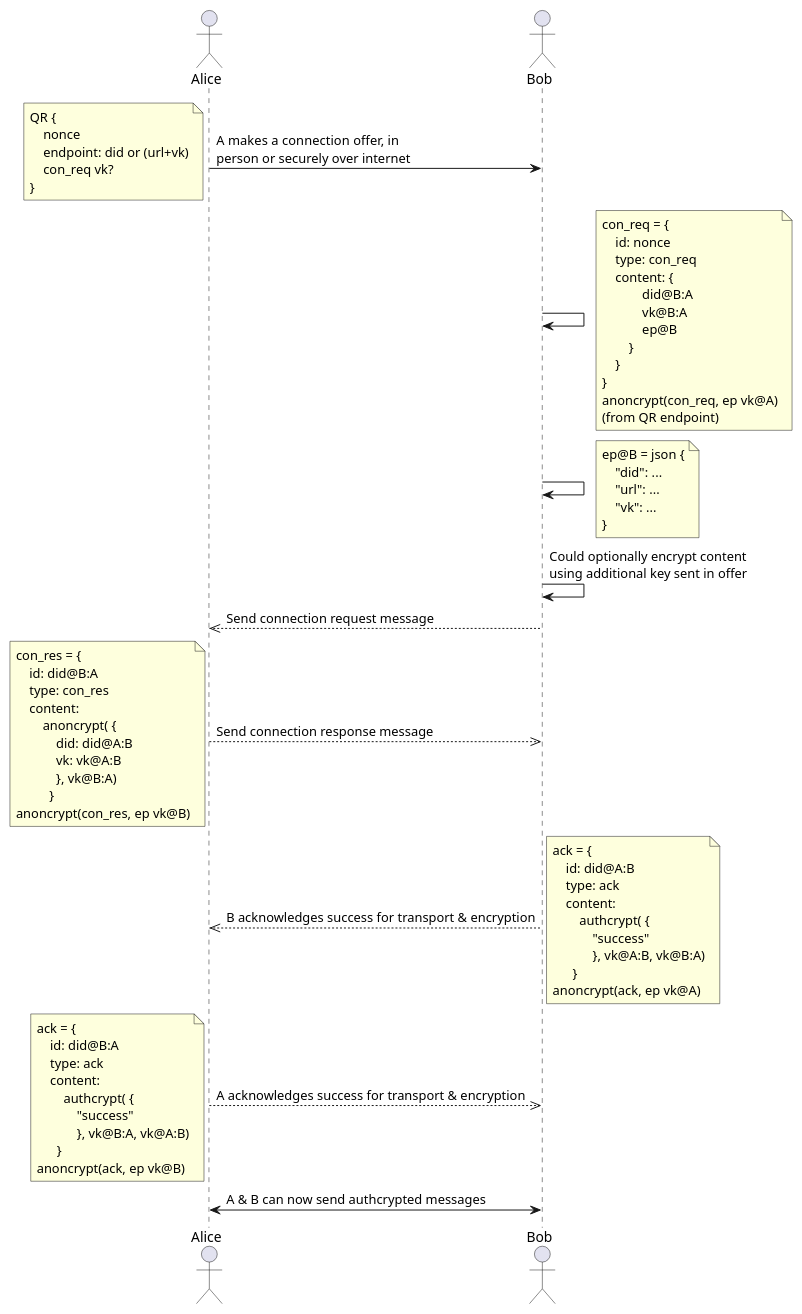
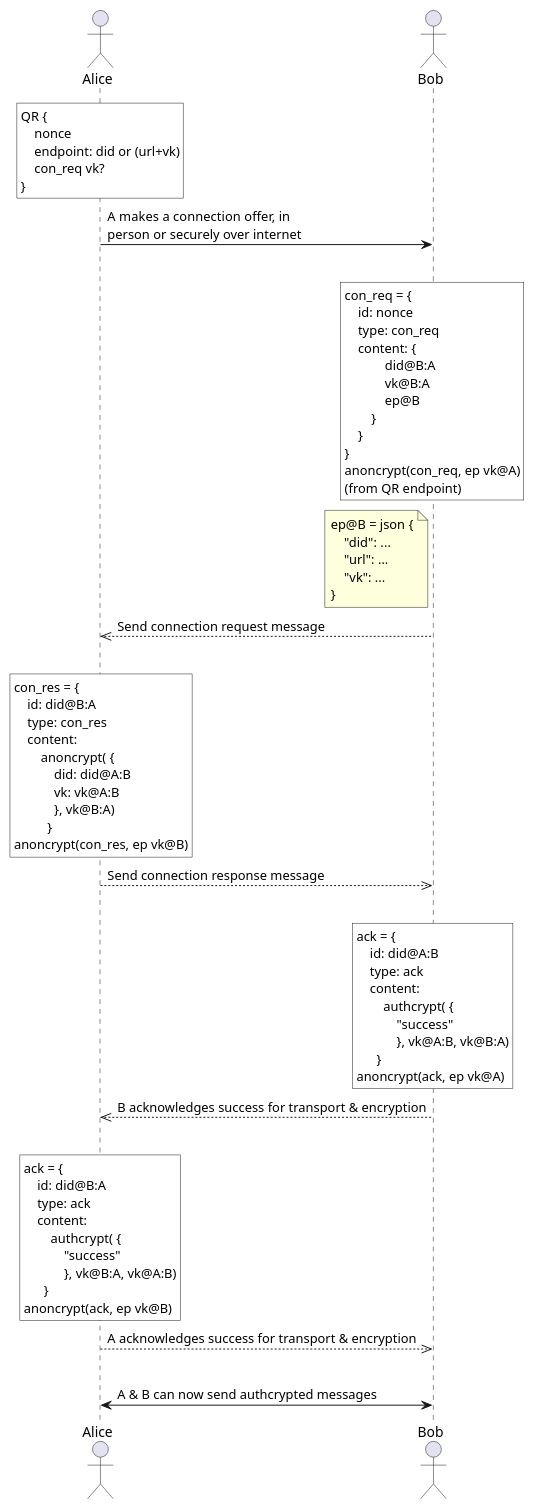
The diagram in text/messaging-protocol/establishing_connection.puml (hyperledger/indy-hipe), drawn with PlantUML before and after one commit.

Commit message:
improve puml

```diff
--- a/text/messaging-protocol/establishing_connection.puml
+++ b/text/messaging-protocol/establishing_connection.puml
@@ -1,104 +1,111 @@
 @startuml
+
+' class Dummy {
+'   {field} A field (despite parentheses)
+'   {method} Some method
+' }
 
 actor Alice as A
 'participant "Alice's\nAgent" as A
 'participant "Bob's\nAgent" as B
 actor Bob as B
 
-A -> B: A makes a connection offer, in\nperson or securely over internet
 
-note left
+rnote over A #white
 QR {
     nonce
     endpoint: did or (url+vk)
     con_req vk?
 }
 end note
 
 
+A -> B: A makes a connection offer, in\nperson or securely over internet
+|||
+
 
 'This adds the rectangles on the lines=
-B -> B: 
 
-note right
+rnote over B #white
 con_req = {
     id: nonce
     type: con_req
     content: {
             did@B:A
             vk@B:A
             ep@B
         }
     }
 }
 anoncrypt(con_req, ep vk@A)
 (from QR endpoint)
 end note
 
-
-B -> B:
-
-
-note right
+note left of B
 ep@B = json {
     "did": ...
     "url": ...
     "vk": ...
 }
 end note
 
 
-'Connection Request
-B -> B: Could optionally encrypt content\nusing additional key sent in offer
+'B -> B: Could optionally encrypt content\nusing additional key sent in offer
 
 B -->> A: Send connection request message
+|||
 
-
-A -->> B: Send connection response message
-note left
+rnote over A #white
 con_res = {
     id: did@B:A
     type: con_res
     content:
         anoncrypt( {
             did: did@A:B
             vk: vk@A:B
             }, vk@B:A)
           }
 anoncrypt(con_res, ep vk@B)
 end note
 
 
-B -->> A: B acknowledges success for transport & encryption 
+A -->> B: Send connection response message
+|||
 
-note right
+rnote over B #white
 ack = {
     id: did@A:B
     type: ack
     content:
         authcrypt( {
             "success"
             }, vk@A:B, vk@B:A)
       }
 anoncrypt(ack, ep vk@A)
 end note
 
-A -->> B: A acknowledges success for transport & encryption 
 
-note left
+B -->> A: B acknowledges success for transport & encryption 
+|||
+
+rnote over A #white
 ack = {
     id: did@B:A
     type: ack
     content:
         authcrypt( {
             "success"
             }, vk@B:A, vk@A:B)
       }
 anoncrypt(ack, ep vk@B)
 end note
 
+
+A -->> B: A acknowledges success for transport & encryption 
+|||
+
 A <-> B: A & B can now send authcrypted messages
 
 
 
 @enduml
```
